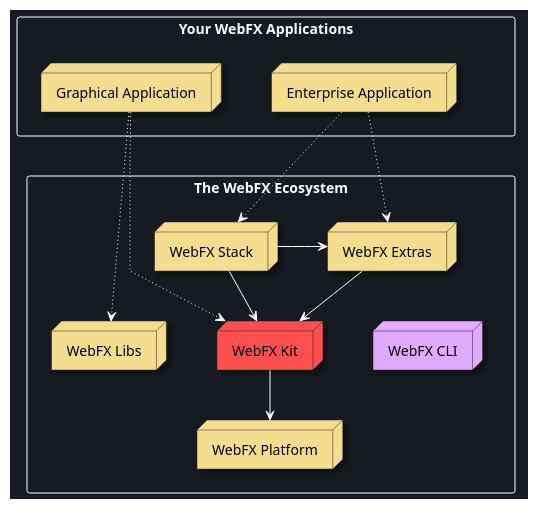
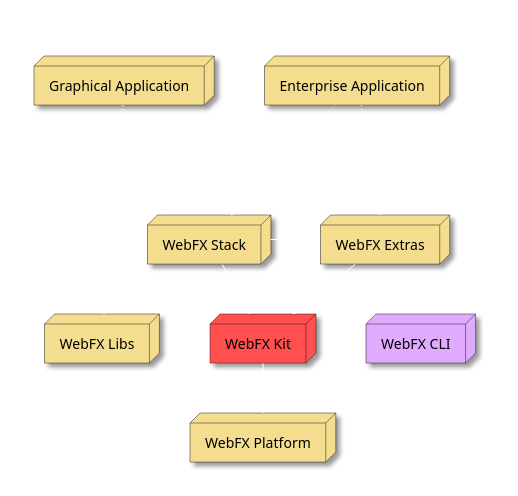
The diagram in src/main/asciidoc/webfx-readmes/webfx-project-dark.adoc (webfx-project/webfx-docs), drawn with PlantUML before and after one commit. The commit also changed 5 other files, not shown here.

Commit message:
Changed diagram background color to transparent in dark mode

```diff
--- a/src/main/asciidoc/webfx-readmes/webfx-project-dark.adoc
+++ b/src/main/asciidoc/webfx-readmes/webfx-project-dark.adoc
@@ -3,50 +3,50 @@
 [plantuml, webfx-project-dark, format=svg]
 ----
 ' Dark mode style addition (BEGIN)
-skinparam backgroundColor 161B21
+skinparam backgroundColor transparent
 skinparam defaultFontColor white
 skinparam nodeFontColor black
 skinparam usecaseFontColor black
 skinparam arrowColor white
 skinparam rectangleBorderColor white
 ' Dark mode style addition (END)
 
 hide stereotype
 skinparam ranksep 50
 skinparam nodesep 50
 skinparam shadowing true
 skinparam rectangleShadowing false
 skinparam nodeBackgroundColor f5dd90
 skinparam nodeBackgroundColor<<CLIStyle>> e0aaff
 skinparam nodeBackgroundColor<<KitStyle>> ff5050
 skinparam linetype polyline
 
 rectangle Y as "Your WebFX Applications" {
     node "Enterprise Application" as EA
     node "Graphical Application" as GA
 }
 
 rectangle Eco as "The WebFX Ecosystem" {
     node "WebFX Kit" <<KitStyle>> as kit
     node "WebFX Platform" as plat
     node "WebFX Extras" as extras
     node "WebFX Stack" as stack
     node "WebFX Libs" as libs
     node "WebFX CLI" <<CLIStyle>> as cli
 }
 
 Y -[hidden]-> Eco
 
 kit -d-> plat
 extras -d-> kit
 stack -d-> kit
 stack -r-> extras
 cli -[hidden]l->kit
 libs -[hidden]r-> kit
 
 GA -[dotted,norank]> kit
 GA -[dotted]> libs
 
 EA -[dotted]> stack
 EA -[dotted]> extras
 ----
```
